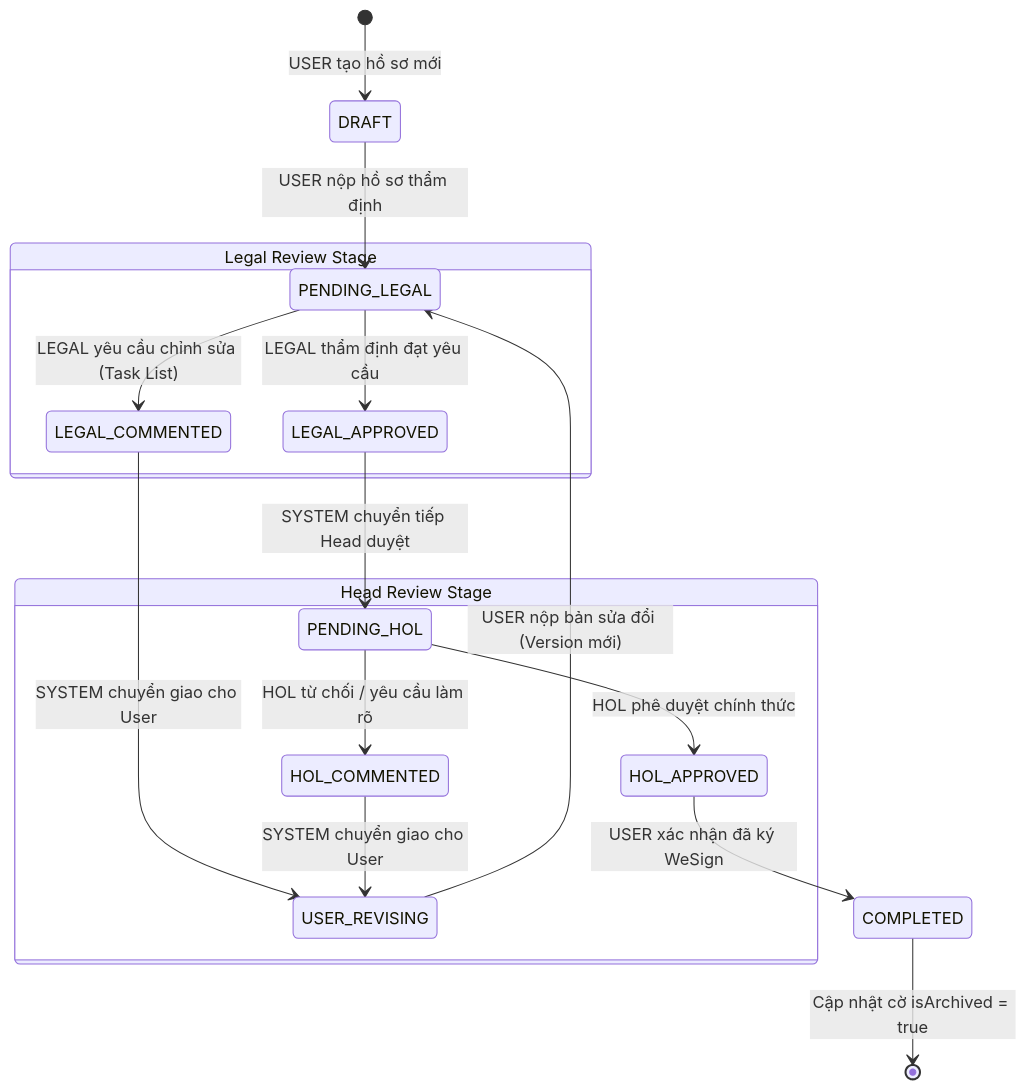
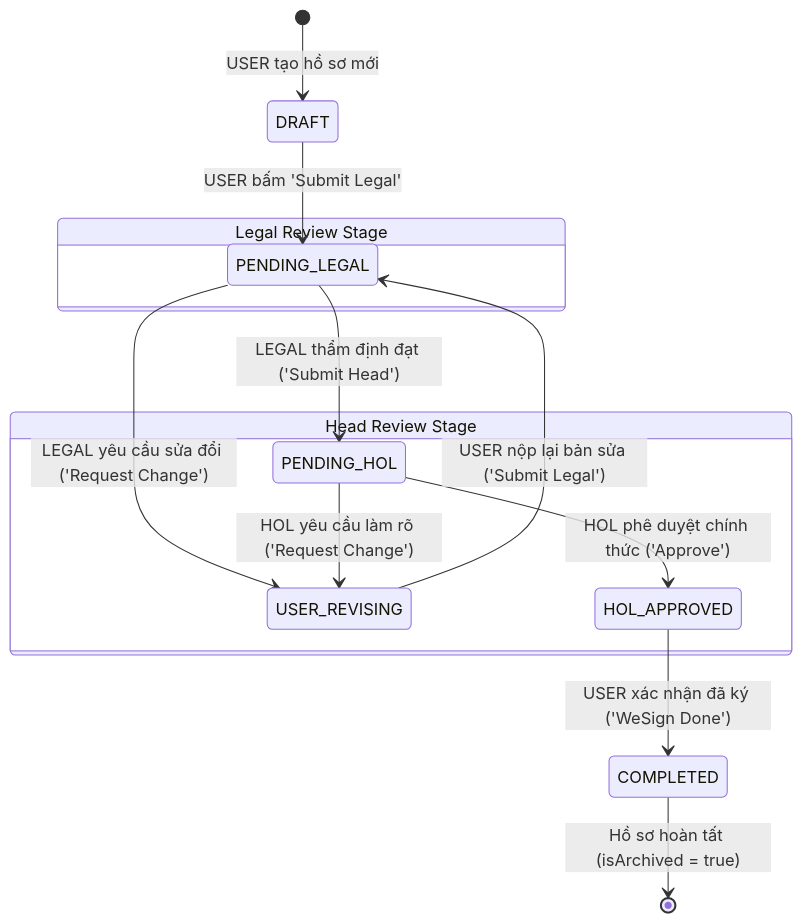
One commit to khoavudl/ContractReview_firestore changed the fourth of 5 diagrams in new_architecture.md. Above: the diagram before and after it, drawn with Mermaid. The commit also changed other lines of this file and 1 other file, not shown here.

Commit message:
docs: update project progress and new architecture documentation

````diff
--- a/new_architecture.md
+++ b/new_architecture.md
@@ -714,23 +795,19 @@
 ```mermaid
 stateDiagram-v2
     [*] --> DRAFT : USER tạo hồ sơ mới
-    DRAFT --> PENDING_LEGAL : USER nộp hồ sơ thẩm định
+    DRAFT --> PENDING_LEGAL : USER bấm 'Submit Legal'
 
     state "Legal Review Stage" as LegalStage {
-        PENDING_LEGAL --> LEGAL_COMMENTED : LEGAL yêu cầu chỉnh sửa (Task List)
-        LEGAL_COMMENTED --> USER_REVISING : SYSTEM chuyển giao cho User
-        USER_REVISING --> PENDING_LEGAL : USER nộp bản sửa đổi (Version mới)
-        PENDING_LEGAL --> LEGAL_APPROVED : LEGAL thẩm định đạt yêu cầu
+        PENDING_LEGAL --> USER_REVISING : LEGAL yêu cầu sửa đổi ('Request Change')
+        USER_REVISING --> PENDING_LEGAL : USER nộp lại bản sửa ('Submit Legal')
+        PENDING_LEGAL --> PENDING_HOL : LEGAL thẩm định đạt ('Submit Head')
     }
 
-    LEGAL_APPROVED --> PENDING_HOL : SYSTEM chuyển tiếp Head duyệt
-
     state "Head Review Stage" as HeadStage {
-        PENDING_HOL --> HOL_COMMENTED : HOL từ chối / yêu cầu làm rõ
-        HOL_COMMENTED --> USER_REVISING : SYSTEM chuyển giao cho User
-        PENDING_HOL --> HOL_APPROVED : HOL phê duyệt chính thức
+        PENDING_HOL --> USER_REVISING : HOL yêu cầu làm rõ ('Request Change')
+        PENDING_HOL --> HOL_APPROVED : HOL phê duyệt chính thức ('Approve')
     }
 
-    HOL_APPROVED --> COMPLETED : USER xác nhận đã ký WeSign
-    COMPLETED --> [*] : Cập nhật cờ isArchived = true
+    HOL_APPROVED --> COMPLETED : USER xác nhận đã ký ('WeSign Done')
+    COMPLETED --> [*] : Hồ sơ hoàn tất (isArchived = true)
 ```
````
